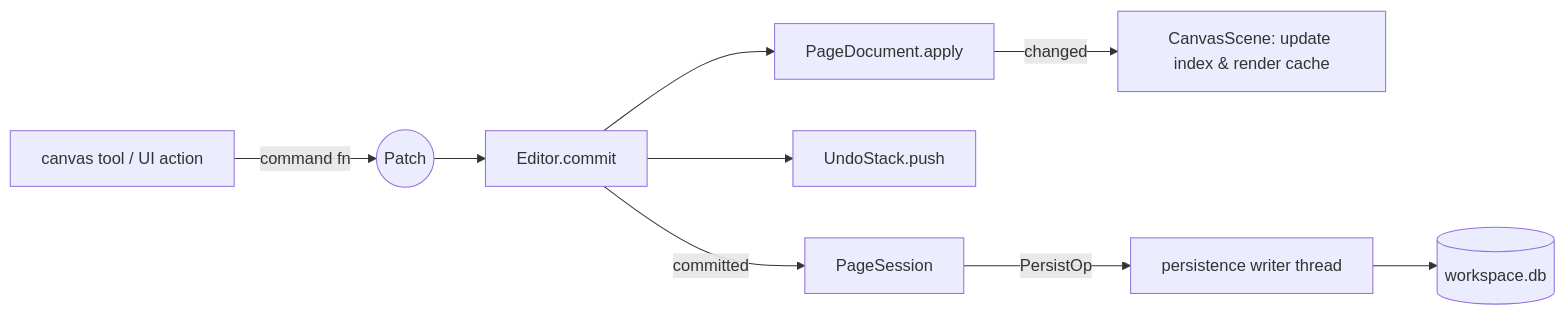
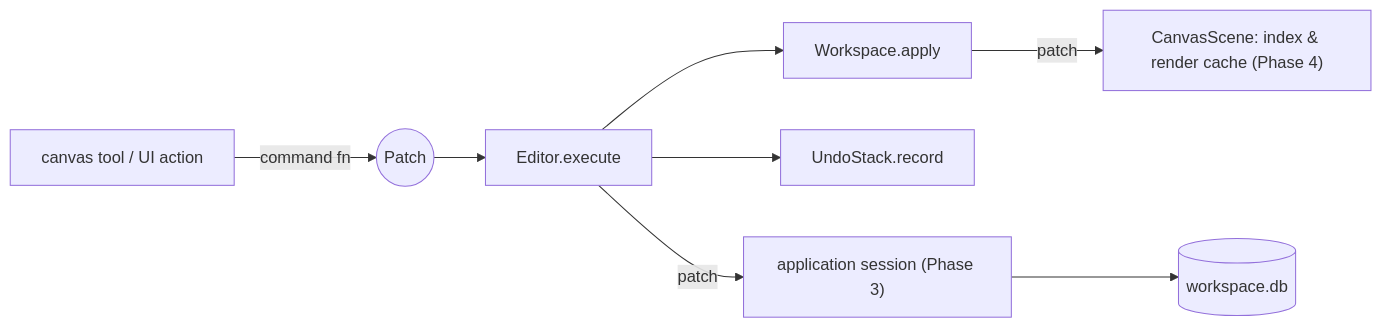
The second of 2 diagrams in docs/DATA_MODEL.md (polaariiis/studying-app), drawn with Mermaid before and after one commit. The commit also changed other lines of this file and 71 other files, not shown here.

Commit message:
Phase 2: implement document foundation and UI shell

````diff
--- a/docs/DATA_MODEL.md
+++ b/docs/DATA_MODEL.md
@@ -504,11 +391,10 @@
 ```mermaid
 flowchart LR
     tool["canvas tool / UI action"] -->|command fn| patch((Patch))
-    patch --> editor["Editor.commit"]
-    editor --> doc["PageDocument.apply"]
-    editor --> undo["UndoStack.push"]
-    doc -->|changed| scene["CanvasScene: update index & render cache"]
-    editor -->|committed| session["PageSession"]
-    session -->|PersistOp| writer["persistence writer thread"]
-    writer --> db[(workspace.db)]
+    patch --> editor["Editor.execute"]
+    editor --> ws["Workspace.apply"]
+    editor --> undo["UndoStack.record"]
+    ws -->|patch| scene["CanvasScene: index & render cache (Phase 4)"]
+    editor -->|patch| session["application session (Phase 3)"]
+    session --> db[(workspace.db)]
 ```
````
